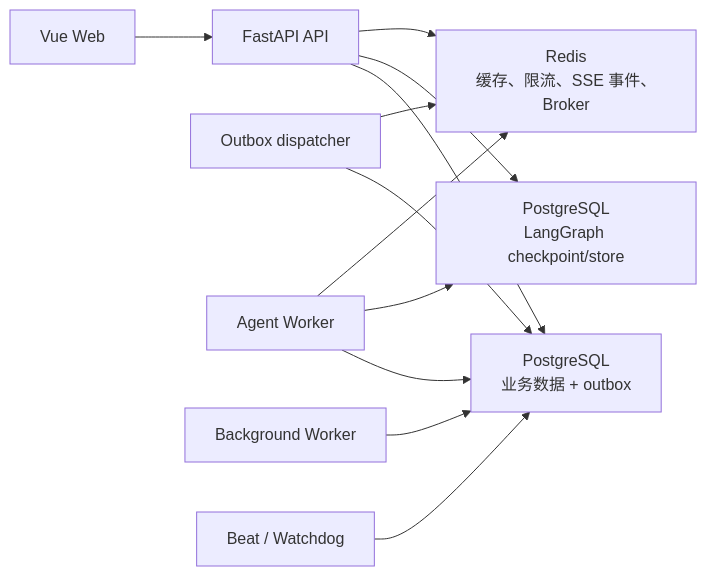
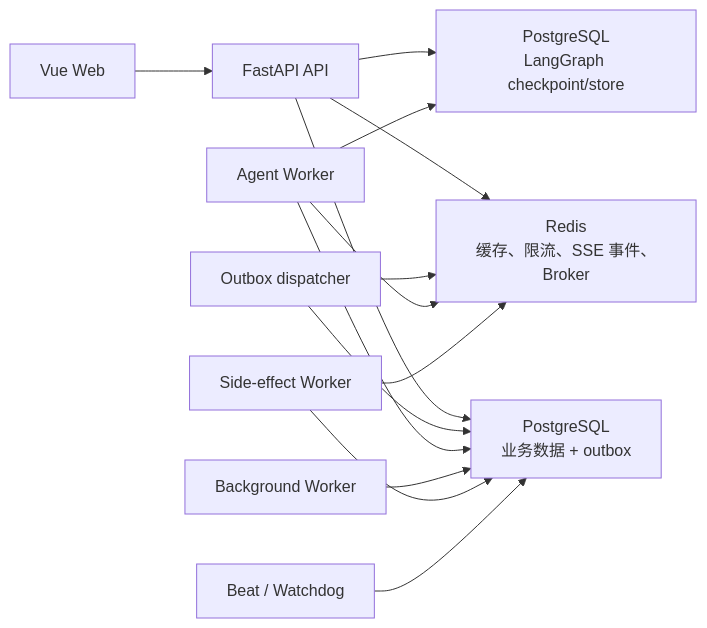
The diagram in docs/DESIGN.md (whynotsprout-alt/ContentAI), drawn with Mermaid before and after one commit. The commit also changed other lines of this file and 20 other files, not shown here.

````diff
--- a/docs/DESIGN.md
+++ b/docs/DESIGN.md
@@ -15,14 +15,16 @@
 ```mermaid
 flowchart LR
   UI["Vue Web"] --> API["FastAPI API"]
   API --> PG["PostgreSQL\n业务数据 + outbox"]
   API --> CP["PostgreSQL\nLangGraph checkpoint/store"]
   API --> REDIS["Redis\n缓存、限流、SSE 事件、Broker"]
   DISPATCH["Outbox dispatcher"] --> PG
   DISPATCH --> REDIS
   WORKER["Agent Worker"] --> PG
   WORKER --> CP
   WORKER --> REDIS
   BG["Background Worker"] --> PG
+  SIDE["Side-effect Worker"] --> PG
+  SIDE --> REDIS
   BEAT["Beat / Watchdog"] --> PG
 ```
````
